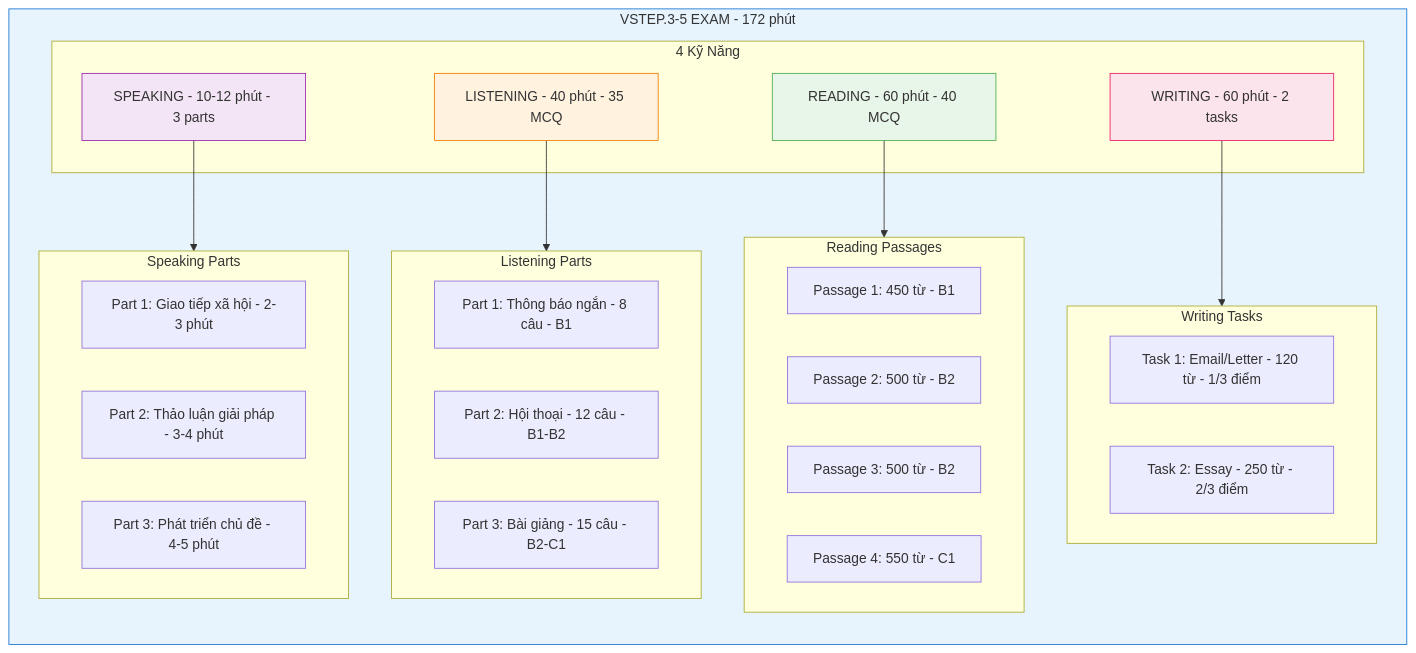
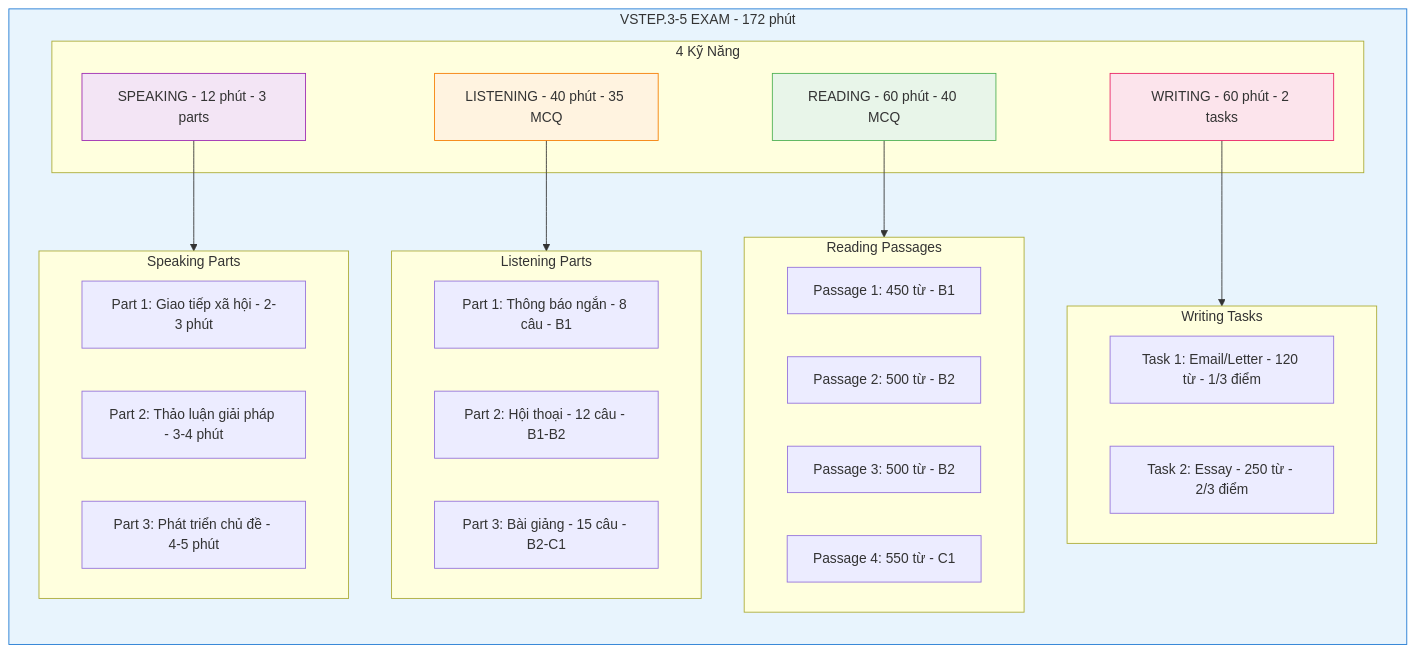
The diagram in docs/00-overview/exam-structure.md (nghyane/VSTEP), drawn with Mermaid before and after one commit. The commit also changed other lines of this file and 7 other files, not shown here.

````diff
--- a/docs/00-overview/exam-structure.md
+++ b/docs/00-overview/exam-structure.md
@@ -87,41 +87,41 @@
 ```mermaid
 flowchart TB
     subgraph VSTEP["VSTEP.3-5 EXAM - 172 phút"]
         direction TB
         subgraph Skills["4 Kỹ Năng"]
             L["LISTENING - 40 phút - 35 MCQ"]
             R["READING - 60 phút - 40 MCQ"]
             W["WRITING - 60 phút - 2 tasks"]
-            S["SPEAKING - 10-12 phút - 3 parts"]
+            S["SPEAKING - 12 phút - 3 parts"]
         end
         subgraph LParts["Listening Parts"]
             L1["Part 1: Thông báo ngắn - 8 câu - B1"]
             L2["Part 2: Hội thoại - 12 câu - B1-B2"]
             L3["Part 3: Bài giảng - 15 câu - B2-C1"]
         end
         subgraph RParts["Reading Passages"]
             R1["Passage 1: 450 từ - B1"]
             R2["Passage 2: 500 từ - B2"]
             R3["Passage 3: 500 từ - B2"]
             R4["Passage 4: 550 từ - C1"]
         end
         subgraph WTasks["Writing Tasks"]
             W1["Task 1: Email/Letter - 120 từ - 1/3 điểm"]
             W2["Task 2: Essay - 250 từ - 2/3 điểm"]
         end
         subgraph SParts["Speaking Parts"]
             S1["Part 1: Giao tiếp xã hội - 2-3 phút"]
             S2["Part 2: Thảo luận giải pháp - 3-4 phút"]
             S3["Part 3: Phát triển chủ đề - 4-5 phút"]
         end
         L --> LParts
         R --> RParts
         W --> WTasks
         S --> SParts
     end
     style VSTEP fill:#e8f4fd,stroke:#1976d2
     style L fill:#fff3e0,stroke:#f57c00
     style R fill:#e8f5e9,stroke:#4caf50
     style W fill:#fce4ec,stroke:#e91e63
     style S fill:#f3e5f5,stroke:#9c27b0
 ```
````
